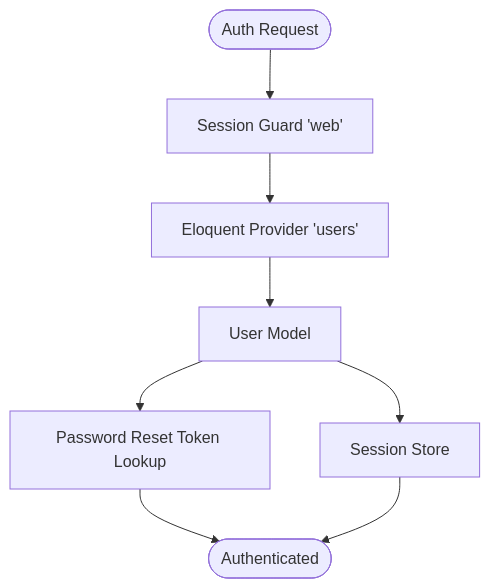
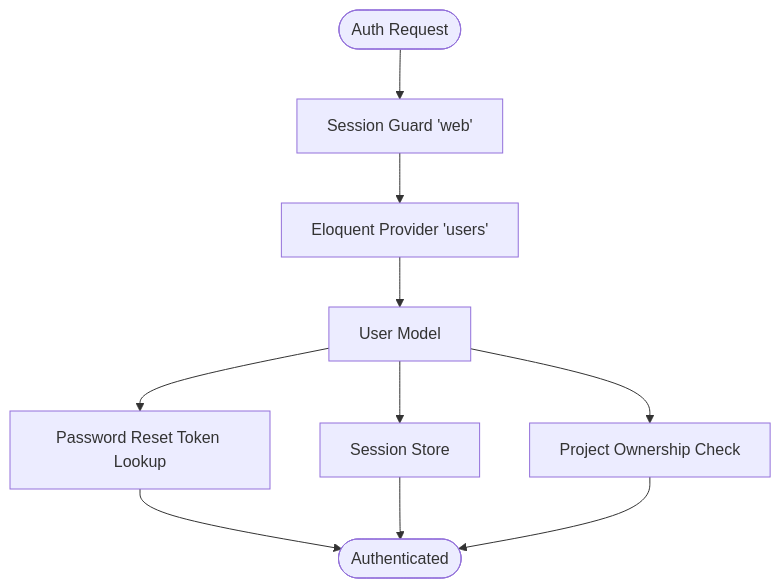
Before and after one commit to siimliimand/laravel-assistant: the fifth of 6 diagrams in .qoder/repowiki/en/content/Laravel Application Components/Models.md, drawn with Mermaid. The commit also changed other lines of this file and 6 other files, not shown here.

First line of the commit message:
feat(database): add project management schema with ownership and status tracking

````diff
--- a/.qoder/repowiki/en/content/Laravel Application Components/Models.md
+++ b/.qoder/repowiki/en/content/Laravel Application Components/Models.md
@@ -390,10 +647,12 @@
 ```mermaid
 flowchart TD
 Start(["Auth Request"]) --> Guard["Session Guard 'web'"]
 Guard --> Provider["Eloquent Provider 'users'"]
 Provider --> Model["User Model"]
 Model --> Reset["Password Reset Token Lookup"]
 Model --> Session["Session Store"]
+Model --> Projects["Project Ownership Check"]
 Reset --> End(["Authenticated"])
 Session --> End
+Projects --> End
 ```
````
